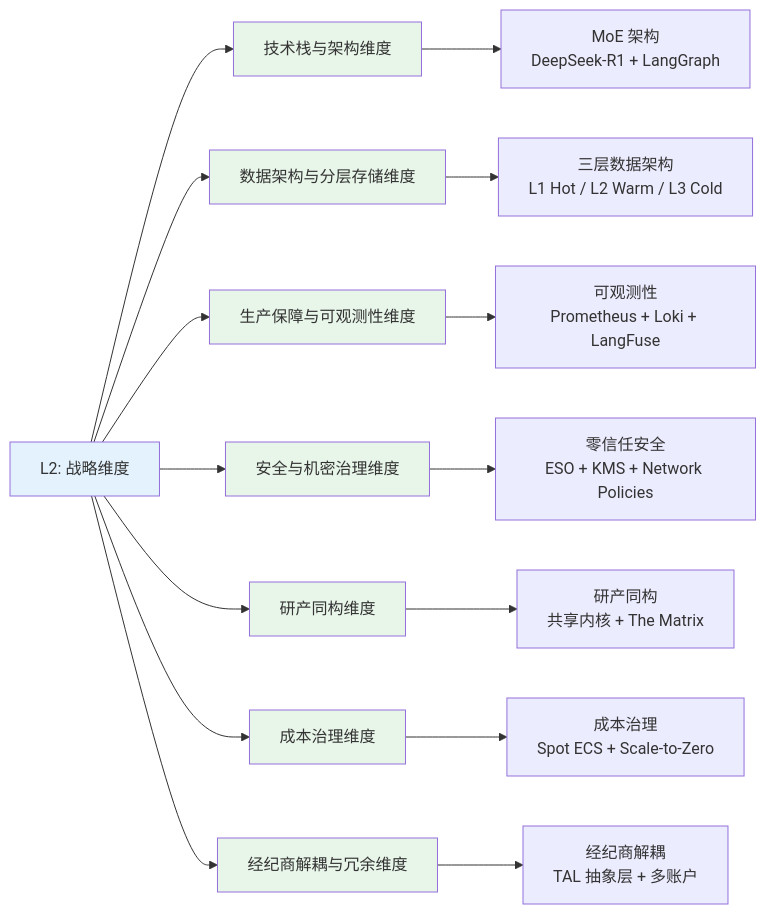
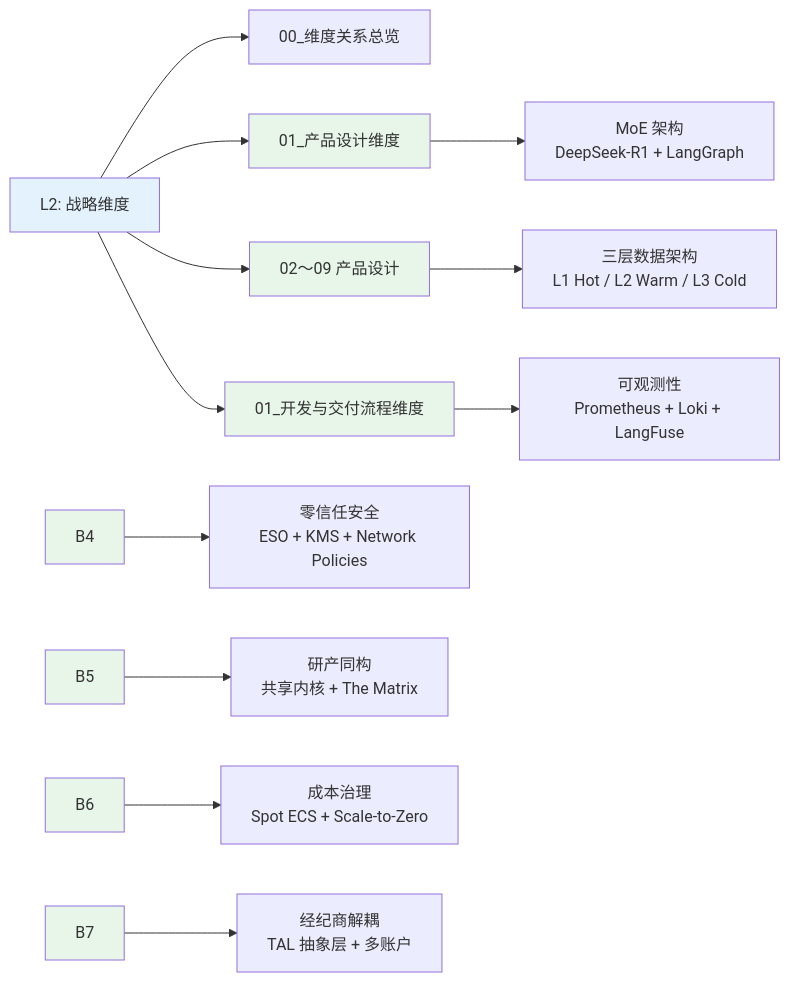
Before and after one commit to myxxhui/diting-doc: the second of 8 diagrams in 00_架构全景图.md, drawn with Mermaid. The commit also changed other lines of this file and 39 other files, not shown here.

````diff
--- a/00_架构全景图.md
+++ b/00_架构全景图.md
@@ -149,27 +144,24 @@
 ```mermaid
 flowchart LR
-    A[L2: 战略维度] --> B1[技术栈与架构维度]
-    A --> B2[数据架构与分层存储维度]
-    A --> B3[生产保障与可观测性维度]
-    A --> B4[安全与机密治理维度]
-    A --> B5[研产同构维度]
-    A --> B6[成本治理维度]
-    A --> B7[经纪商解耦与冗余维度]
+    A[L2: 战略维度] --> B0[00_维度关系总览]
+    A --> B1[01_产品设计维度]
+    A --> B2[02～09 产品设计]
+    A --> B3[01_开发与交付流程维度]
     
     B1 --> C1[MoE 架构<br/>DeepSeek-R1 + LangGraph]
     B2 --> C2[三层数据架构<br/>L1 Hot / L2 Warm / L3 Cold]
     B3 --> C3[可观测性<br/>Prometheus + Loki + LangFuse]
     B4 --> C4[零信任安全<br/>ESO + KMS + Network Policies]
     B5 --> C5[研产同构<br/>共享内核 + The Matrix]
     B6 --> C6[成本治理<br/>Spot ECS + Scale-to-Zero]
     B7 --> C7[经纪商解耦<br/>TAL 抽象层 + 多账户]
     
     style A fill:#e3f2fd
     style B1 fill:#e8f5e9
     style B2 fill:#e8f5e9
     style B3 fill:#e8f5e9
     style B4 fill:#e8f5e9
     style B5 fill:#e8f5e9
     style B6 fill:#e8f5e9
     style B7 fill:#e8f5e9
 ```
````
